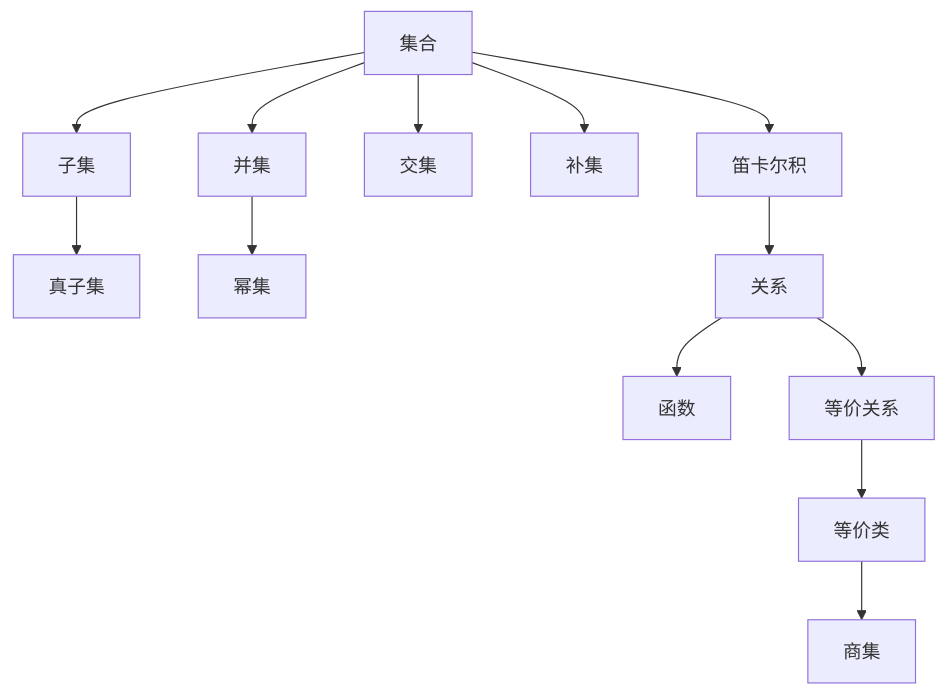
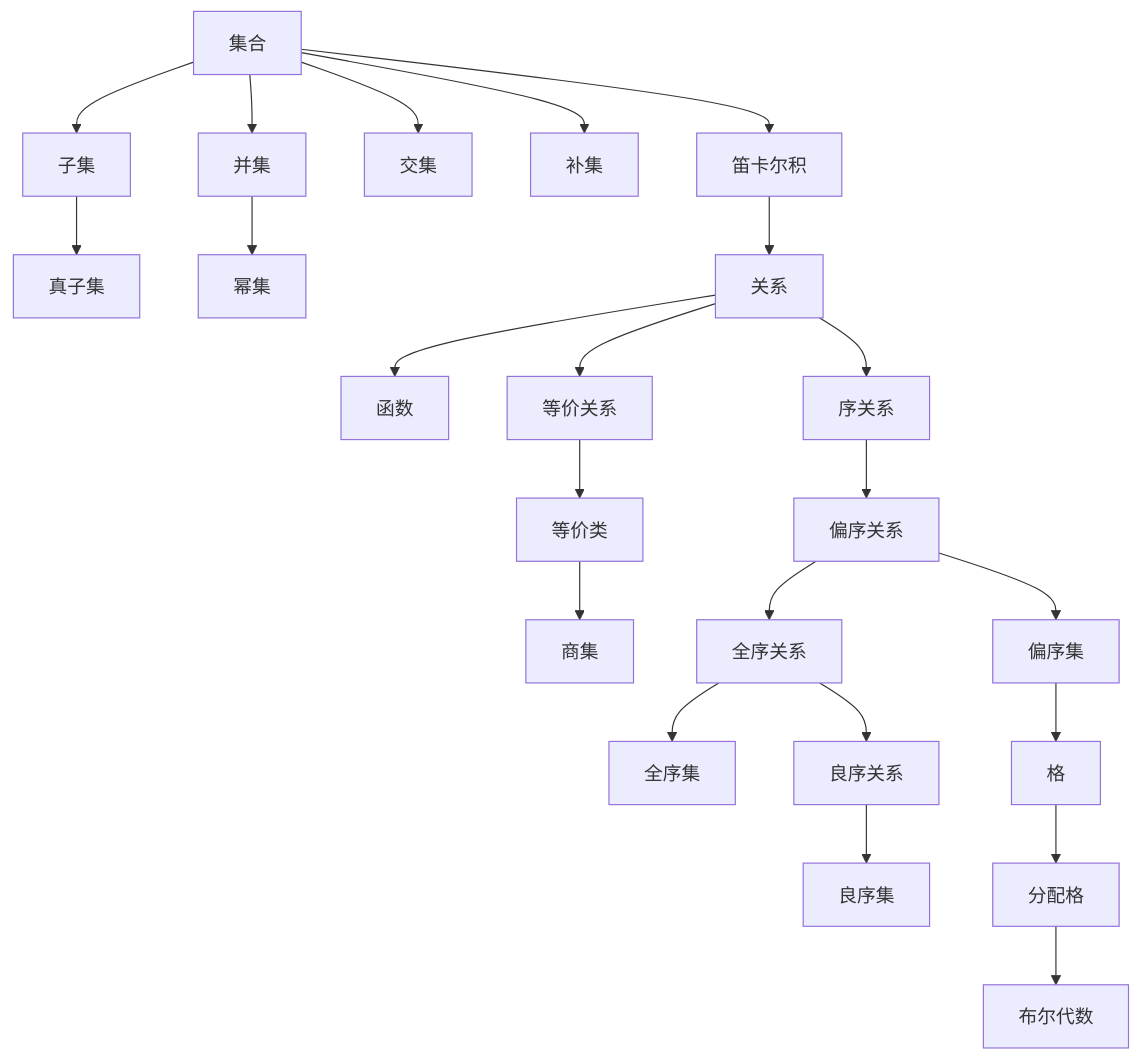
Before and after one commit to AdaMartin18010/FormalMath: the first of 16 diagrams in concept/05-知识关联网络/01-概念级关联网络.md, drawn with Mermaid. The commit also changed other lines of this file and 44 other files, not shown here.

````diff
--- a/concept/05-知识关联网络/01-概念级关联网络.md
+++ b/concept/05-知识关联网络/01-概念级关联网络.md
@@ -57,15 +75,25 @@
 ```mermaid
 graph TD
     A[集合] --> B[子集]
     A --> C[并集]
     A --> D[交集]
     A --> E[补集]
     B --> F[真子集]
     C --> G[幂集]
     A --> H[笛卡尔积]
     H --> I[关系]
     I --> J[函数]
     I --> K[等价关系]
+    I --> N[序关系]
     K --> L[等价类]
     L --> M[商集]
+    N --> O[偏序关系]
+    O --> P[偏序集]
+    O --> Q[全序关系]
+    Q --> R[全序集]
+    Q --> S[良序关系]
+    S --> T[良序集]
+    P --> U[格]
+    U --> V[分配格]
+    V --> W[布尔代数]
 ```
````
